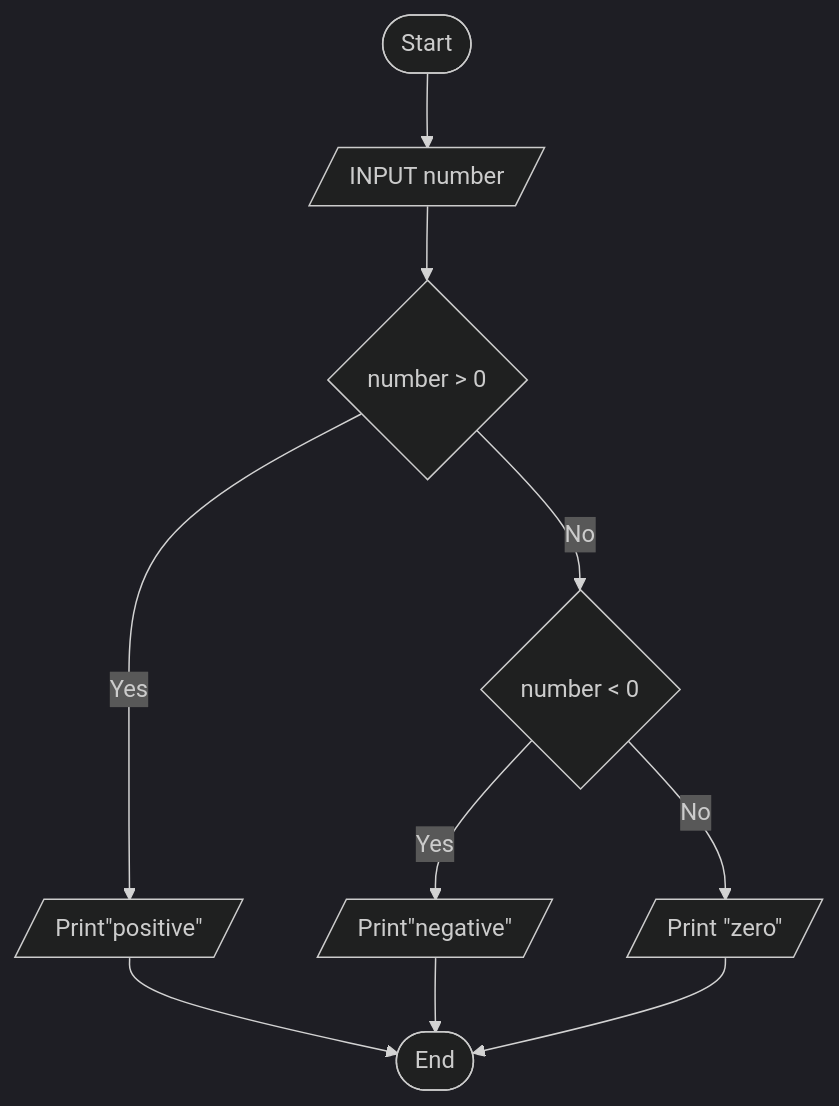
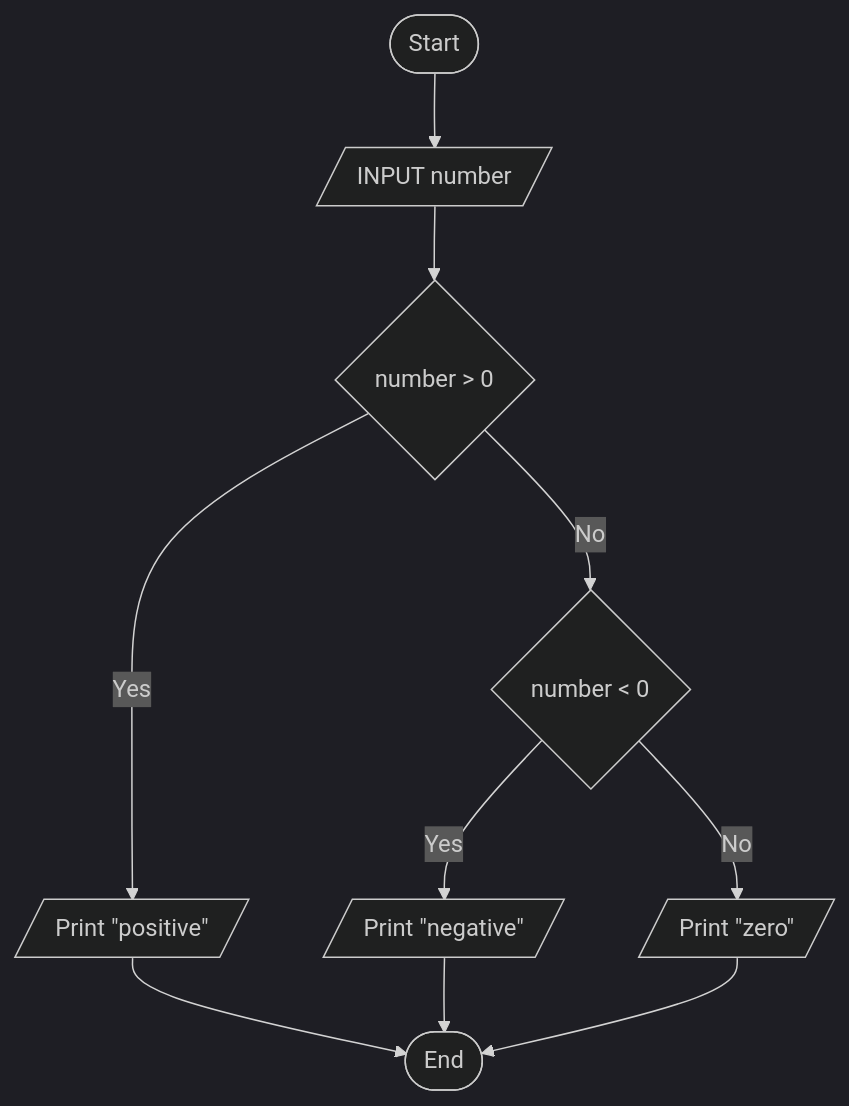
Before and after one commit to AbdiNur92/algorithm-flowchart-workshop: the fourth of 10 diagrams in README.md, drawn with Mermaid (dark theme). The commit also changed other lines of this file, not shown here.

Commit message:
Update README.md
Fix spacing in Q4

````diff
--- a/README.md
+++ b/README.md
@@ -116,12 +116,12 @@
 ```mermaid
 flowchart TD
     A([Start]) --> B[/INPUT number/]
     B --> C{"number > 0"}
-    C -->|Yes| D[/"Print#quot;positive#quot;"/]
+    C -->|Yes| D[/"Print #quot;positive#quot;"/]
     C -->|No| E{"number < 0"}
     D --> F([End])
-    E -->|Yes| G[/"Print#quot;negative#quot;"/]
+    E -->|Yes| G[/"Print #quot;negative#quot;"/]
     E -->|No| H[/"Print #quot;zero#quot;"/]
     G --> F
     H --> F
 ```
````
